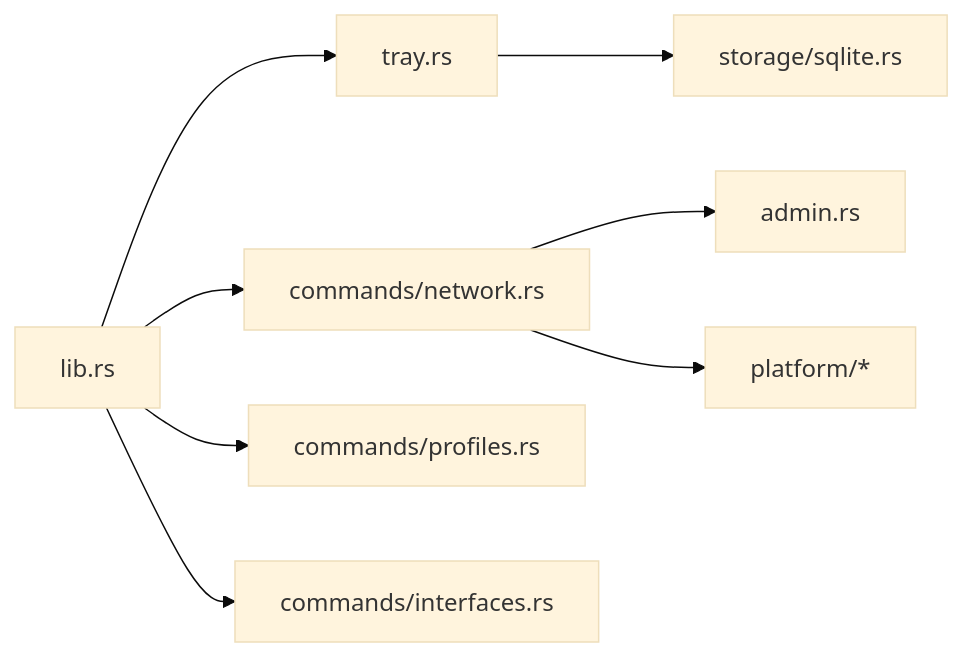
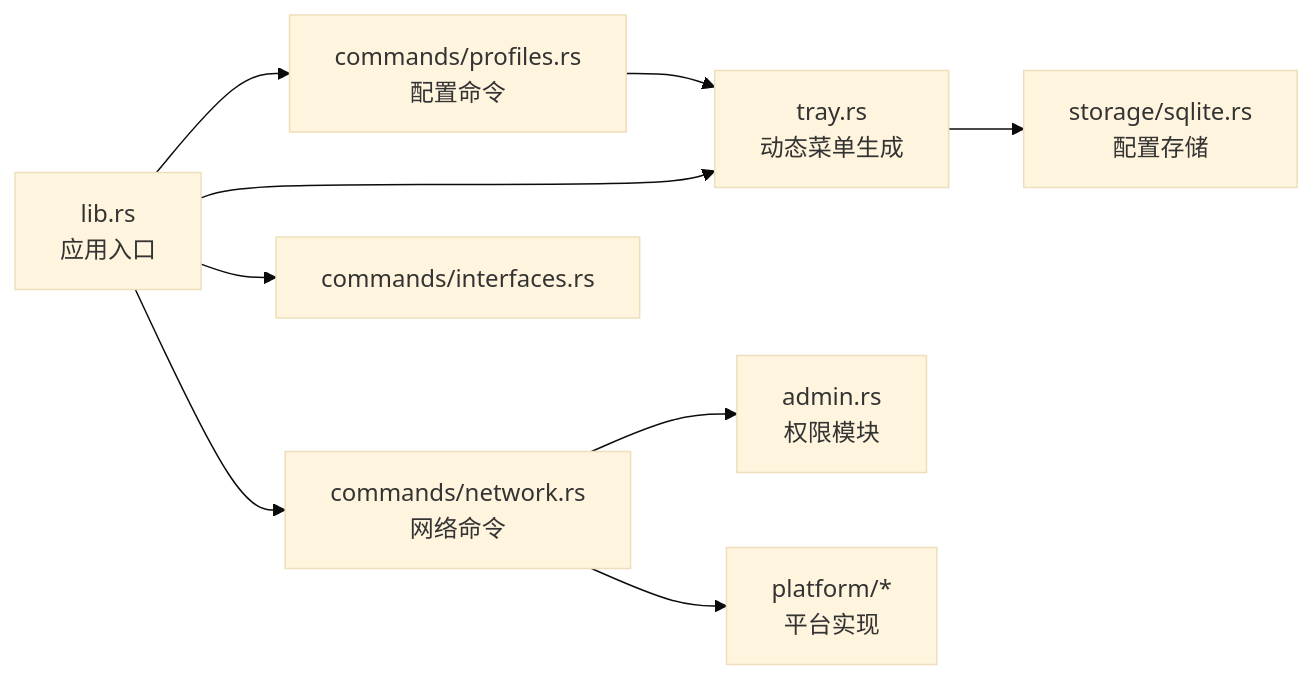
The eighth of 8 diagrams in .qoder/repowiki/zh/content/系统集成/系统集成.md (xdongliang/IPSwitcher), drawn with Mermaid (base theme) before and after one commit. The commit also changed other lines of this file and 22 other files, not shown here.

````diff
--- a/.qoder/repowiki/zh/content/系统集成/系统集成.md
+++ b/.qoder/repowiki/zh/content/系统集成/系统集成.md
@@ -335,10 +371,11 @@
 ```mermaid
 graph LR
-Tray["tray.rs"] --> Repo["storage/sqlite.rs"]
-NetCmd["commands/network.rs"] --> Admin["admin.rs"]
-NetCmd --> Plat["platform/*"]
-Lib["lib.rs"] --> Tray
+Tray["tray.rs<br/>动态菜单生成"] --> Repo["storage/sqlite.rs<br/>配置存储"]
+NetCmd["commands/network.rs<br/>网络命令"] --> Admin["admin.rs<br/>权限模块"]
+NetCmd --> Plat["platform/*<br/>平台实现"]
+ProfCmd["commands/profiles.rs<br/>配置命令"] --> Tray
+Lib["lib.rs<br/>应用入口"] --> Tray
 Lib --> NetCmd
-Lib --> ProfilesCmd["commands/profiles.rs"]
+Lib --> ProfCmd
 Lib --> InterfacesCmd["commands/interfaces.rs"]
 ```
````
